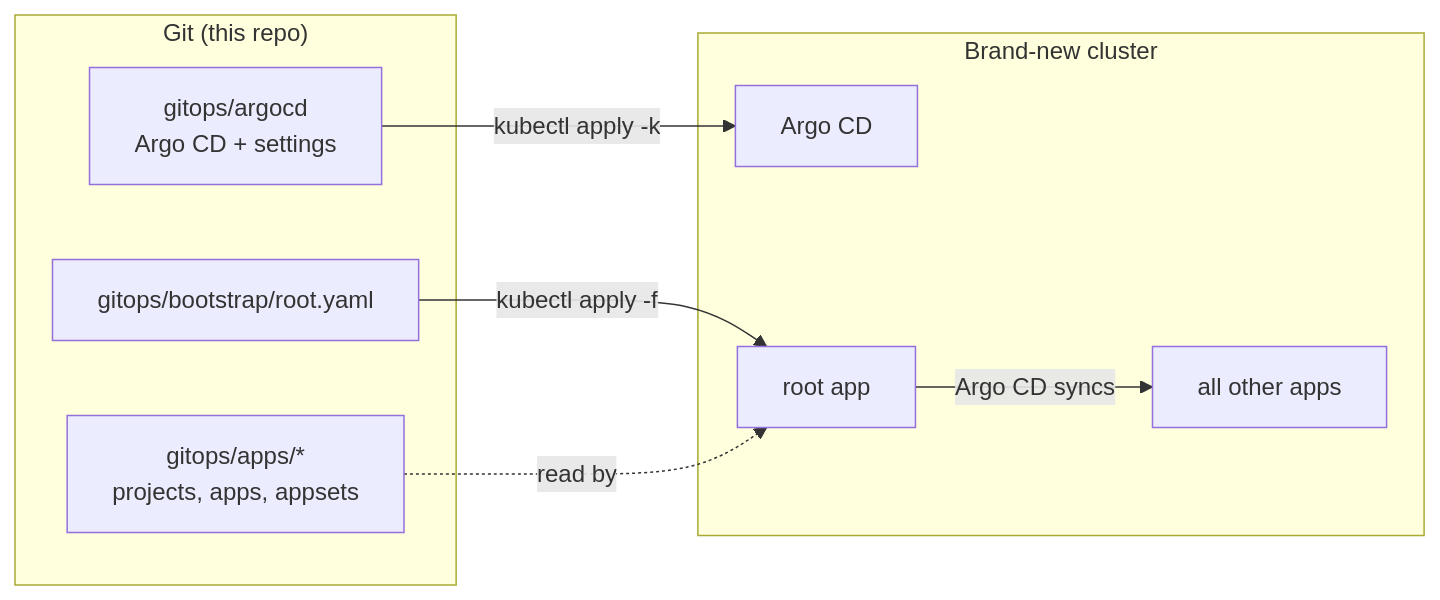
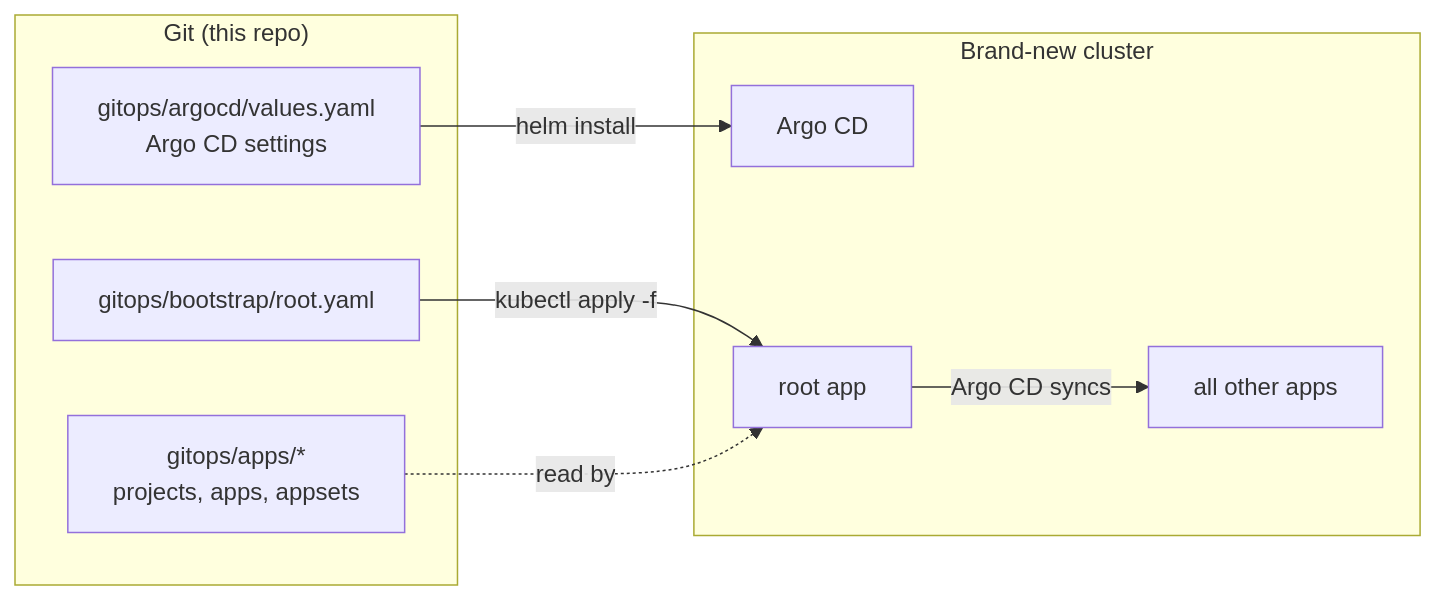
Before and after one commit to reggie-k/kubecon-na-2026-most-boring-talk: the diagram in argo-cd-disaster-recovery-workshop/README.md, drawn with Mermaid. The commit also changed other lines of this file and 16 other files, not shown here.

````diff
--- a/argo-cd-disaster-recovery-workshop/README.md
+++ b/argo-cd-disaster-recovery-workshop/README.md
@@ -10,17 +10,17 @@
 ```mermaid
 flowchart LR
   subgraph Git["Git (this repo)"]
-    A[gitops/argocd<br/>Argo CD + settings]
+    A[gitops/argocd/values.yaml<br/>Argo CD settings]
     B[gitops/bootstrap/root.yaml]
     C[gitops/apps/*<br/>projects, apps, appsets]
   end
   subgraph New["Brand-new cluster"]
     D[Argo CD]
     E[root app]
     F[all other apps]
   end
-  A -- "kubectl apply -k" --> D
+  A -- "helm install" --> D
   B -- "kubectl apply -f" --> E
   E -- "Argo CD syncs" --> F
   C -. read by .-> E
 ```
````
